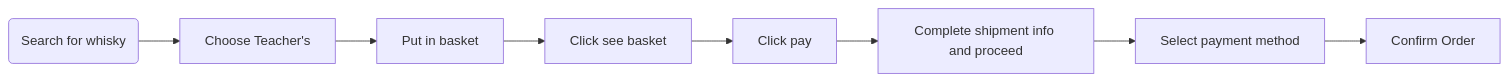
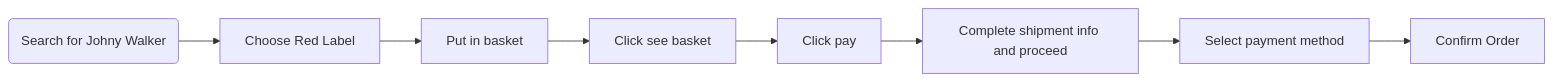
One commit to aniwat0554/assignment-java-boot-camp changed the first of 4 diagrams in READMe.md. Above: the diagram before and after it, drawn with Mermaid. The commit also changed other lines of this file, not shown here.

````diff
--- a/READMe.md
+++ b/READMe.md
@@ -10,10 +10,10 @@
 ```mermaid
     graph LR
-    Search("Search for whisky") --> Choose["Choose Teacher's"]
+    Search("Search for Johny Walker") --> Choose["Choose Red Label"]
     Choose -->  Select[Put in basket]
     Select --> Basket[Click see basket] 
     Basket --> Payment["Click pay"]
     Payment --> Shipping["Complete shipment info and proceed"]
     Shipping --> PaymentMethodSelect["Select payment method"]
     PaymentMethodSelect --> Confirm["Confirm Order"]
 ```
````
